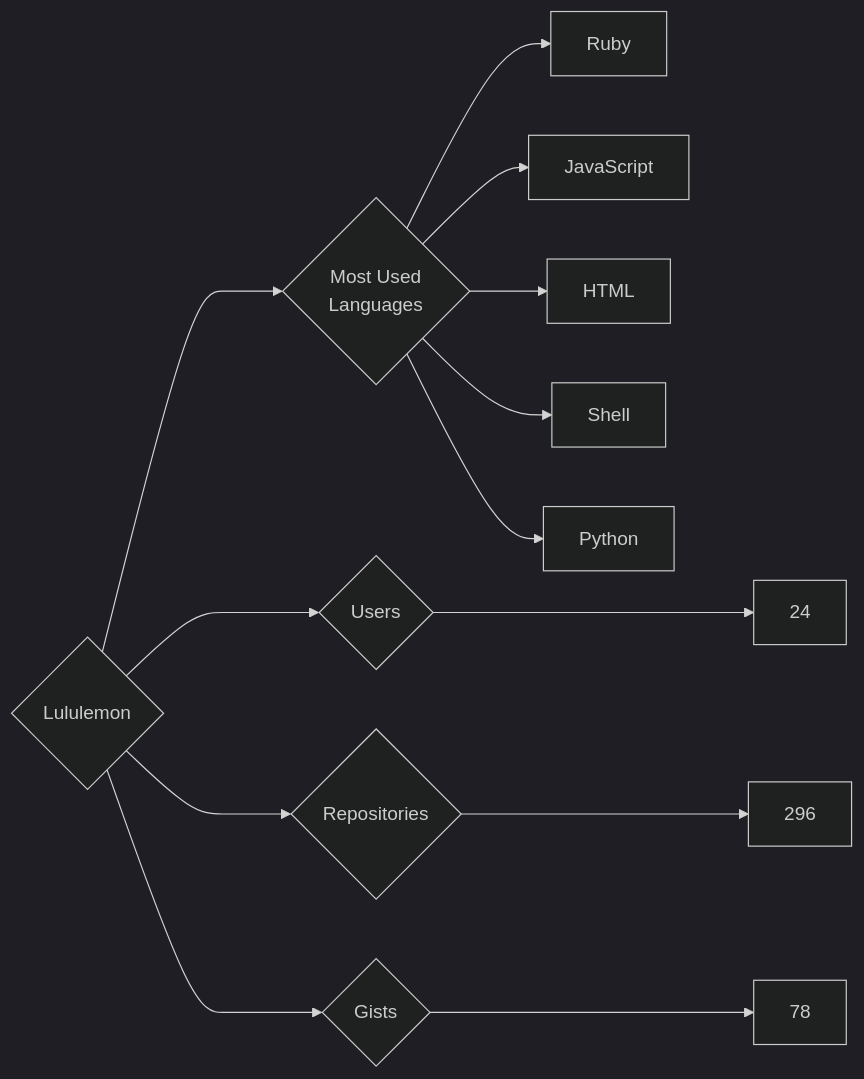
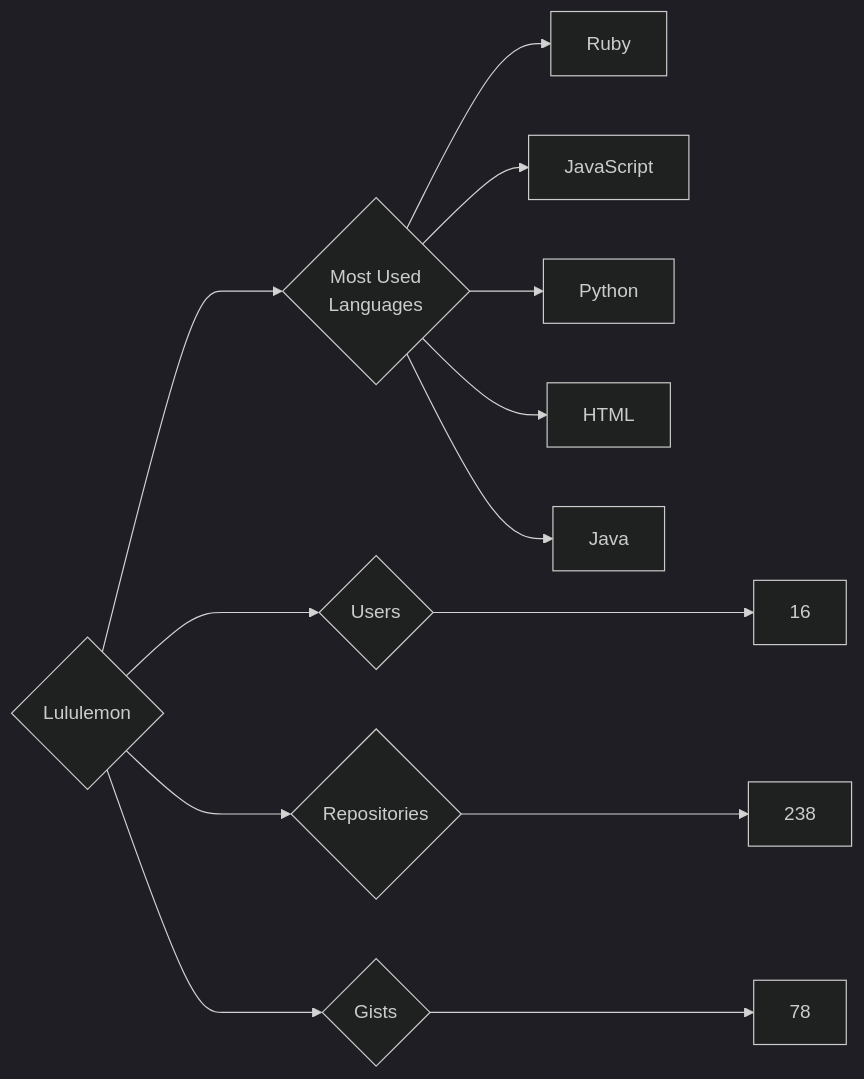
The diagram in targets/Lululemon/README.md (trickest/insiders), drawn with Mermaid (dark theme) before and after one commit. The commit also changed 951 other files, not shown here.

````diff
--- a/targets/Lululemon/README.md
+++ b/targets/Lululemon/README.md
@@ -3,13 +3,13 @@
 ```mermaid
 graph LR
 COMPANY_NAME{Lululemon}
-COMPANY_NAME ---> U{Users} ---> UN[24]
-COMPANY_NAME ---> R{Repositories} ---> RN[296]
+COMPANY_NAME ---> U{Users} ---> UN[16]
+COMPANY_NAME ---> R{Repositories} ---> RN[238]
 COMPANY_NAME ---> G{Gists} ---> GN[78]
 COMPANY_NAME ---> ML{Most Used<br>Languages}
 ML --> Ruby[Ruby]
 ML --> JavaScript[JavaScript]
+ML --> Python[Python]
 ML --> HTML[HTML]
-ML --> Shell[Shell]
-ML --> Python[Python]
+ML --> Java[Java]
 ```
````
